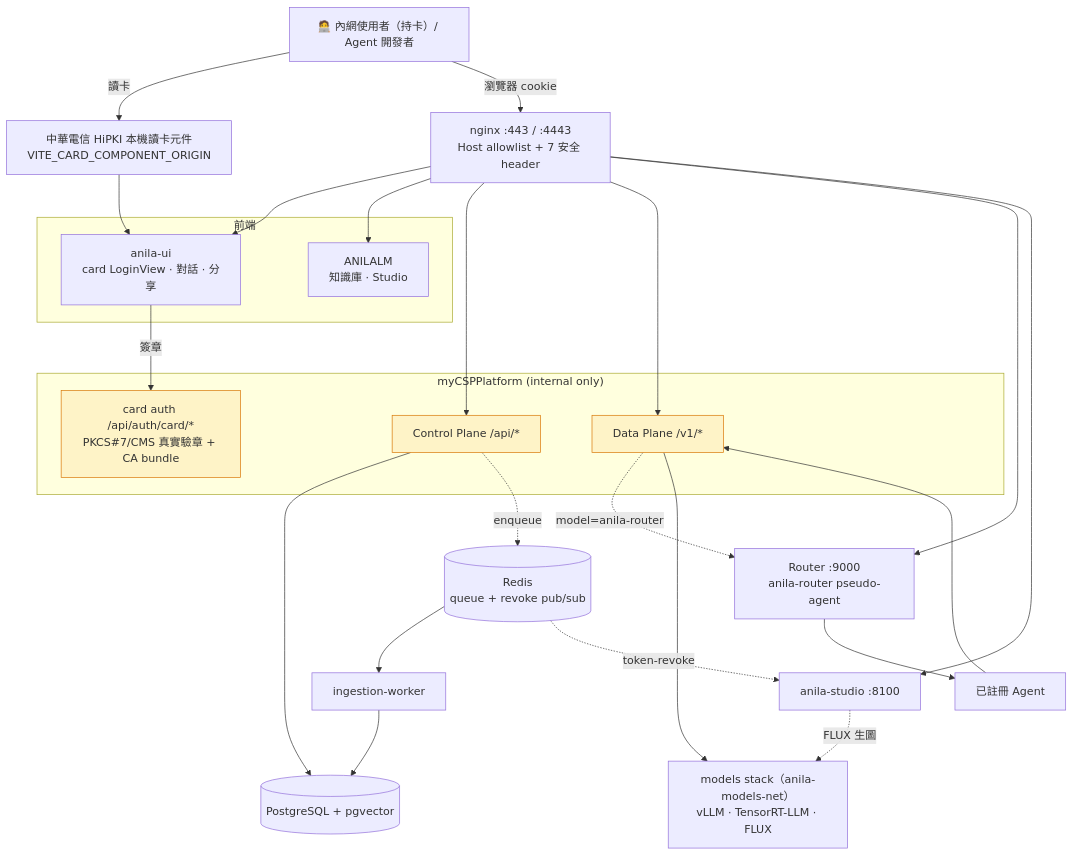
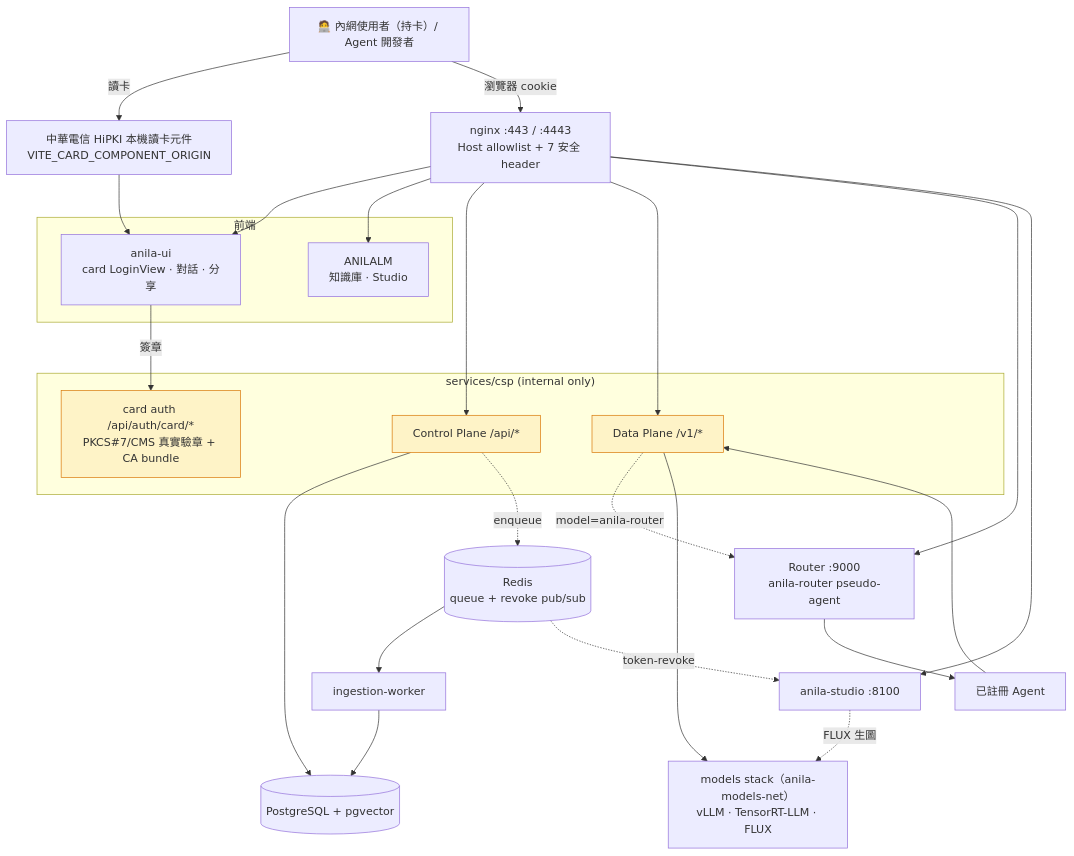
Before and after one commit to zzw09773/ANILA: the diagram in README.md, drawn with Mermaid. The commit also changed other lines of this file and 48 other files, not shown here.

````diff
--- a/README.md
+++ b/README.md
@@ -58,38 +58,38 @@
 ```mermaid
 flowchart TB
     users["🧑‍💻 內網使用者（持卡）/ Agent 開發者"]
     card["中華電信 HiPKI 本機讀卡元件<br/>VITE_CARD_COMPONENT_ORIGIN"]
     nginx["nginx :443 / :4443<br/>Host allowlist + 7 安全 header"]
 
     subgraph spas["前端"]
         anila_ui["anila-ui<br/>card LoginView · 對話 · 分享"]
         anilalm["ANILALM<br/>知識庫 · Studio"]
     end
 
-    subgraph csp["myCSPPlatform (internal only)"]
+    subgraph csp["services/csp (internal only)"]
         csp_auth["card auth /api/auth/card/*<br/>PKCS#7/CMS 真實驗章 + CA bundle"]
         csp_ctrl["Control Plane /api/*"]
         csp_data["Data Plane /v1/*"]
     end
 
     studio["anila-studio :8100"]
     router_core["Router :9000<br/>anila-router pseudo-agent"]
     agents["已註冊 Agent"]
     redis[("Redis<br/>queue + revoke pub/sub")]
     worker["ingestion-worker"]
     llm["models stack（anila-models-net）<br/>vLLM · TensorRT-LLM · FLUX"]
     db[("PostgreSQL + pgvector")]
 
     users -->|讀卡| card --> anila_ui
     users -->|瀏覽器 cookie| nginx --> anila_ui & anilalm & csp_ctrl & csp_data & router_core & studio
     anila_ui -->|簽章| csp_auth
     csp_data -.->|model=anila-router| router_core --> agents --> csp_data
     csp_ctrl --> db
     csp_data --> llm
     csp_ctrl -.->|enqueue| redis --> worker --> db
     studio -.->|FLUX 生圖| llm
     redis -.->|token-revoke| studio
 
     classDef plane fill:#fef3c7,stroke:#d97706
     class csp_ctrl,csp_data,csp_auth plane
 ```
````
